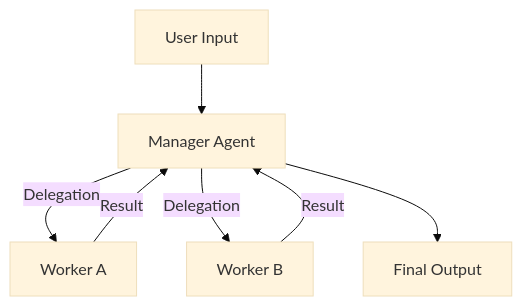
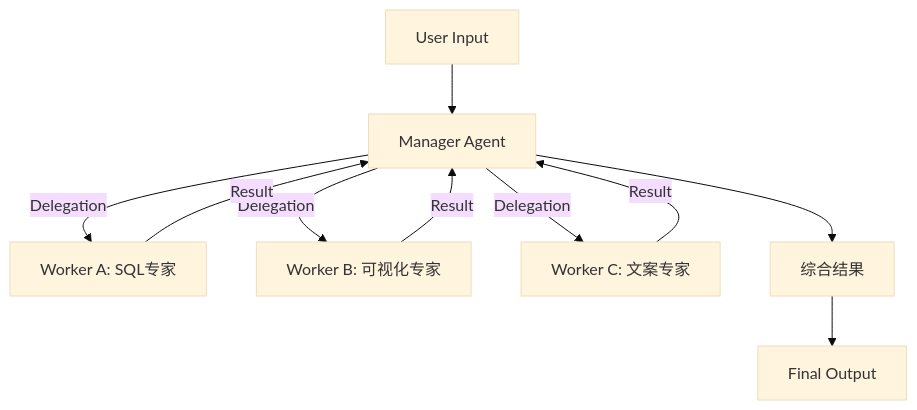
The seventh of 8 diagrams in source/_posts/AI-Agent-Design-Patterns-Comprehensive-Guide.md (silenceboychen/blog), drawn with Mermaid (base theme) before and after one commit. The commit also changed other lines of this file, not shown here.

````diff
--- a/source/_posts/AI-Agent-Design-Patterns-Comprehensive-Guide.md
+++ b/source/_posts/AI-Agent-Design-Patterns-Comprehensive-Guide.md
@@ -135,9 +456,12 @@
 ```mermaid
 graph TD
     User[User Input] --> Manager[Manager Agent]
-    Manager -- "Delegation" --> WorkerA[Worker A]
-    Manager -- "Delegation" --> WorkerB[Worker B]
+    Manager -- "Delegation" --> WorkerA[Worker A: SQL专家]
+    Manager -- "Delegation" --> WorkerB[Worker B: 可视化专家]
+    Manager -- "Delegation" --> WorkerC[Worker C: 文案专家]
     WorkerA -- "Result" --> Manager
     WorkerB -- "Result" --> Manager
-    Manager --> Final[Final Output]
+    WorkerC -- "Result" --> Manager
+    Manager --> Synthesize[综合结果]
+    Synthesize --> Final[Final Output]
 ```
````
